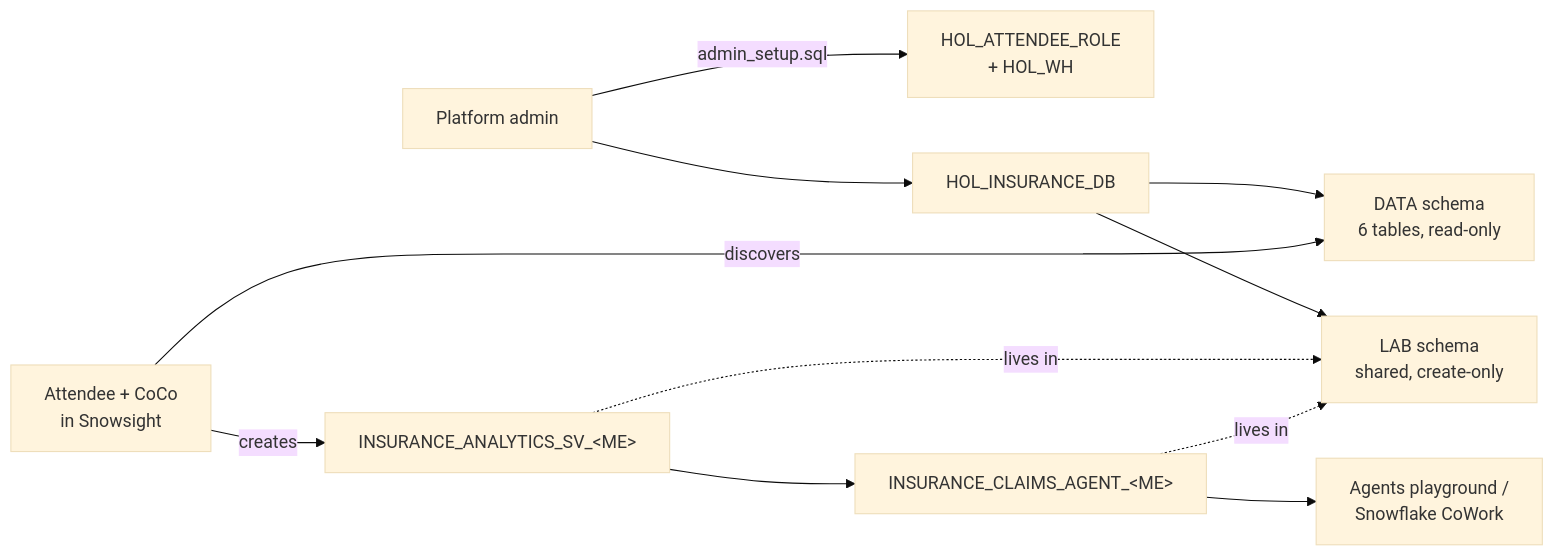
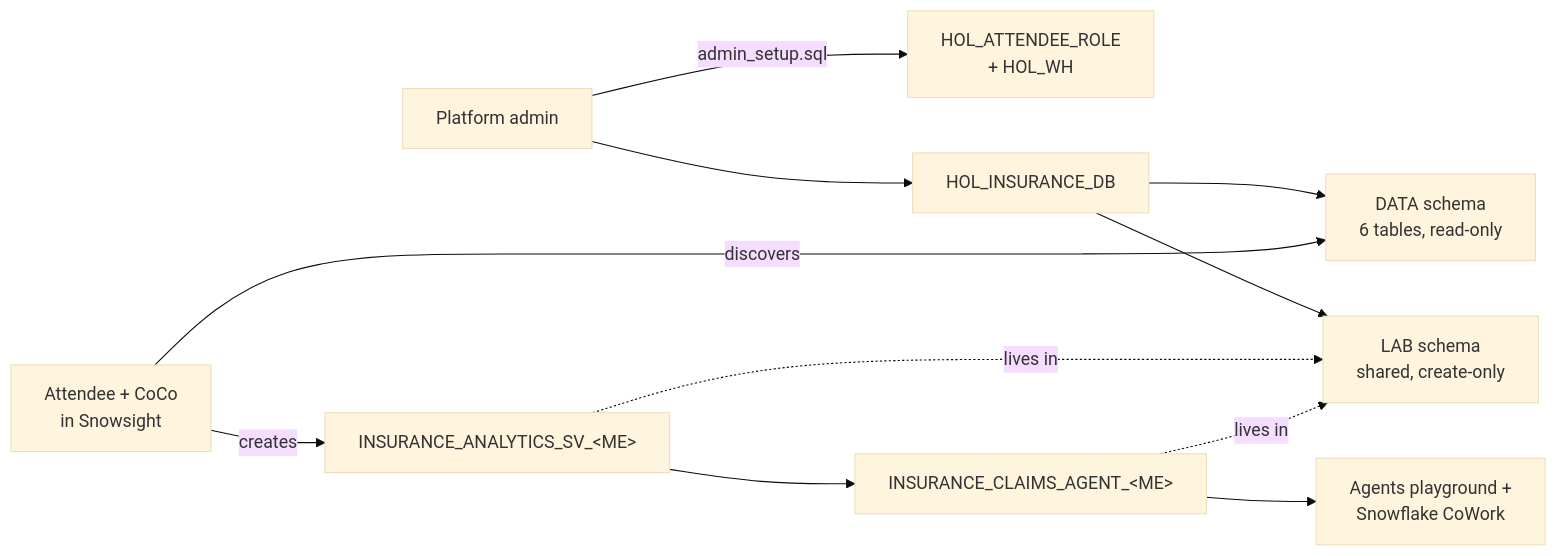
One commit to sfc-gh-shali/insurance-hol-semantic-view-cortex-agent changed the diagram in README.md. Above: the diagram before and after it, drawn with Mermaid (base theme). The commit also changed other lines of this file and 11 other files, not shown here.

````diff
--- a/README.md
+++ b/README.md
@@ -10,13 +10,13 @@
 ```mermaid
 flowchart LR
     ADMIN["Platform admin"] -->|admin_setup.sql| ROLE["HOL_ATTENDEE_ROLE<br/>+ HOL_WH"]
     ADMIN --> DB["HOL_INSURANCE_DB"]
     DB --> DATA["DATA schema<br/>6 tables, read-only"]
     DB --> LAB["LAB schema<br/>shared, create-only"]
     ATT["Attendee + CoCo<br/>in Snowsight"] -->|discovers| DATA
     ATT -->|creates| SV["INSURANCE_ANALYTICS_SV_#lt;ME#gt;"]
     SV --> AG["INSURANCE_CLAIMS_AGENT_#lt;ME#gt;"]
     SV -.lives in.-> LAB
     AG -.lives in.-> LAB
-    AG --> PG["Agents playground /<br/>Snowflake CoWork"]
+    AG --> PG["Agents playground +<br/>Snowflake CoWork"]
 ```
````
